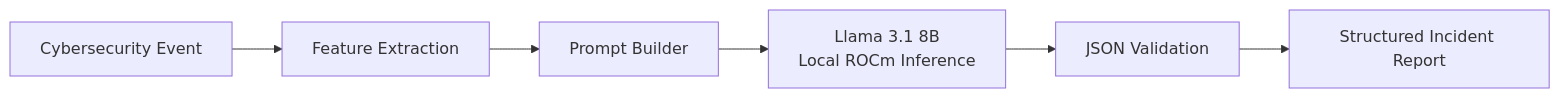
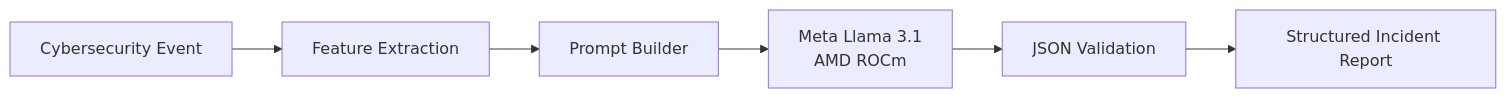
One commit to cyberbryanzhang/Radeon-hackathon-2026-07 changed the diagram in README.md. Above: the diagram before and after it, drawn with Mermaid. The commit also changed other lines of this file, not shown here.

````diff
--- a/README.md
+++ b/README.md
@@ -79,17 +34,10 @@
 ```mermaid
-
 flowchart LR
 
 A[Cybersecurity Event]
-
 --> B[Feature Extraction]
-
 --> C[Prompt Builder]
-
---> D[Llama 3.1 8B<br/>Local ROCm Inference]
-
+--> D[Meta Llama 3.1<br/>AMD ROCm]
 --> E[JSON Validation]
-
 --> F[Structured Incident Report]
-
 ```
````
